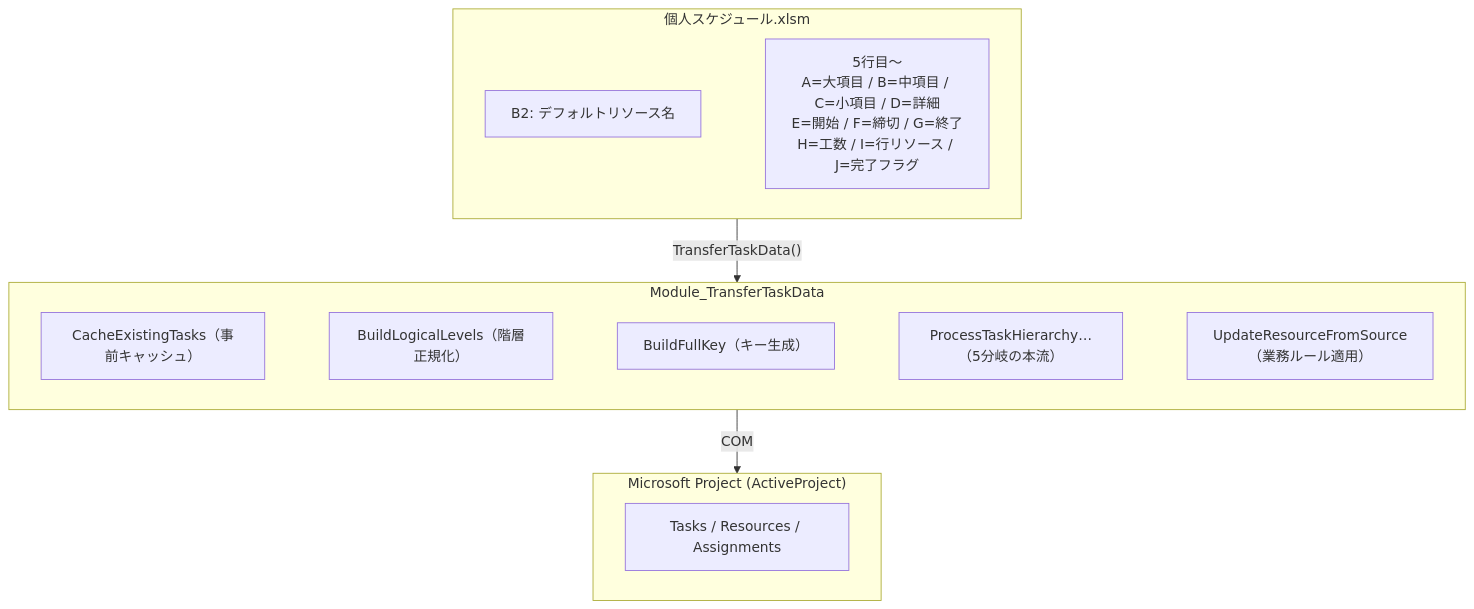
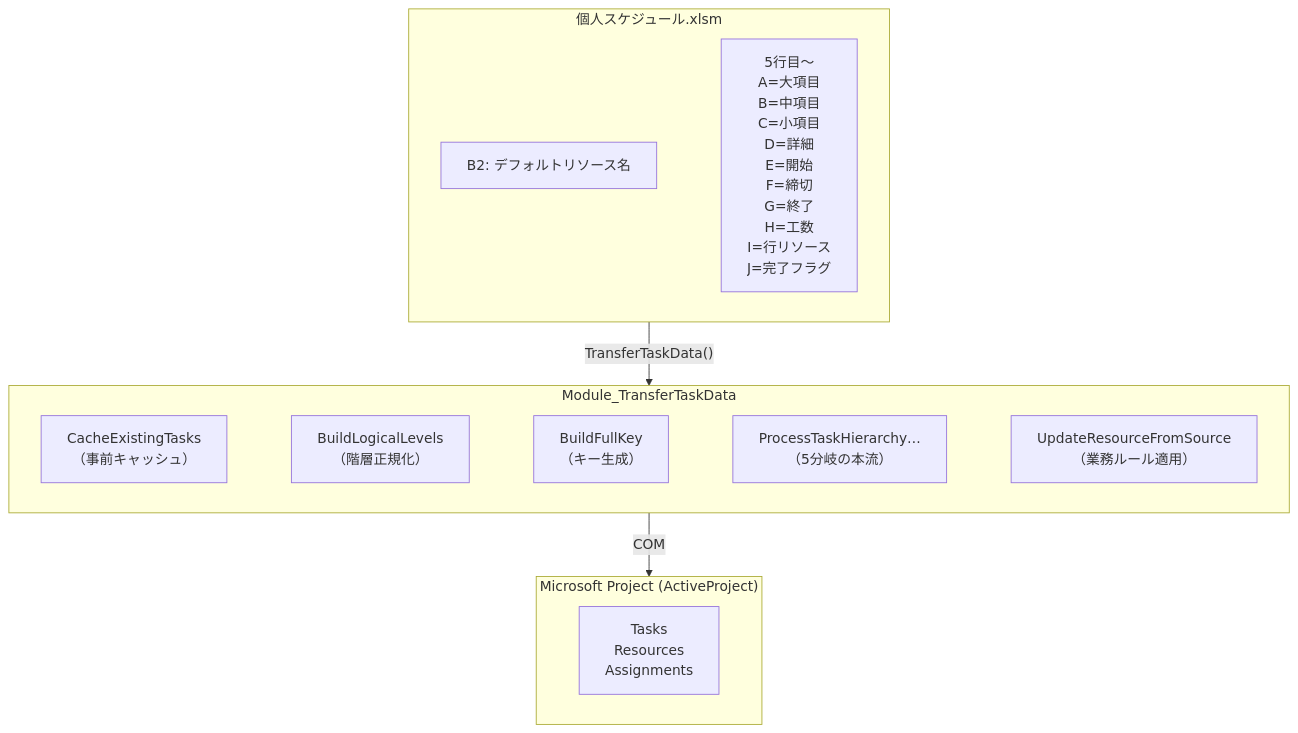
The first of 2 diagrams in 02_excel_to_project.md (aki0178/business-system-design-portfolio), drawn with Mermaid before and after one commit. The commit also changed other lines of this file, not shown here.

````diff
--- a/02_excel_to_project.md
+++ b/02_excel_to_project.md
@@ -44,24 +44,24 @@
 ```mermaid
 flowchart TB
     subgraph Excel["個人スケジュール.xlsm"]
         B2["B2: デフォルトリソース名"]
-        Rows["5行目〜<br/>A=大項目 / B=中項目 / C=小項目 / D=詳細<br/>E=開始 / F=締切 / G=終了<br/>H=工数 / I=行リソース / J=完了フラグ"]
+        Rows["5行目〜<br/>A=大項目<br/>B=中項目<br/>C=小項目<br/>D=詳細<br/>E=開始<br/>F=締切<br/>G=終了<br/>H=工数<br/>I=行リソース<br/>J=完了フラグ"]
         B2 ~~~ Rows
     end
 
     subgraph Module["Module_TransferTaskData"]
-        Cache["CacheExistingTasks（事前キャッシュ）"]
-        Build["BuildLogicalLevels（階層正規化）"]
-        Key["BuildFullKey（キー生成）"]
-        Proc["ProcessTaskHierarchy…（5分岐の本流）"]
-        Upd["UpdateResourceFromSource（業務ルール適用）"]
+        Cache["CacheExistingTasks<br/>（事前キャッシュ）"]
+        Build["BuildLogicalLevels<br/>（階層正規化）"]
+        Key["BuildFullKey<br/>（キー生成）"]
+        Proc["ProcessTaskHierarchy…<br/>（5分岐の本流）"]
+        Upd["UpdateResourceFromSource<br/>（業務ルール適用）"]
         Cache ~~~ Build ~~~ Key ~~~ Proc ~~~ Upd
     end
 
     subgraph Project["Microsoft Project (ActiveProject)"]
-        Items["Tasks / Resources / Assignments"]
+        Items["Tasks<br/>Resources<br/>Assignments"]
     end
 
     Excel -- "TransferTaskData()" --> Module
     Module -- "COM" --> Project
 ```
````
